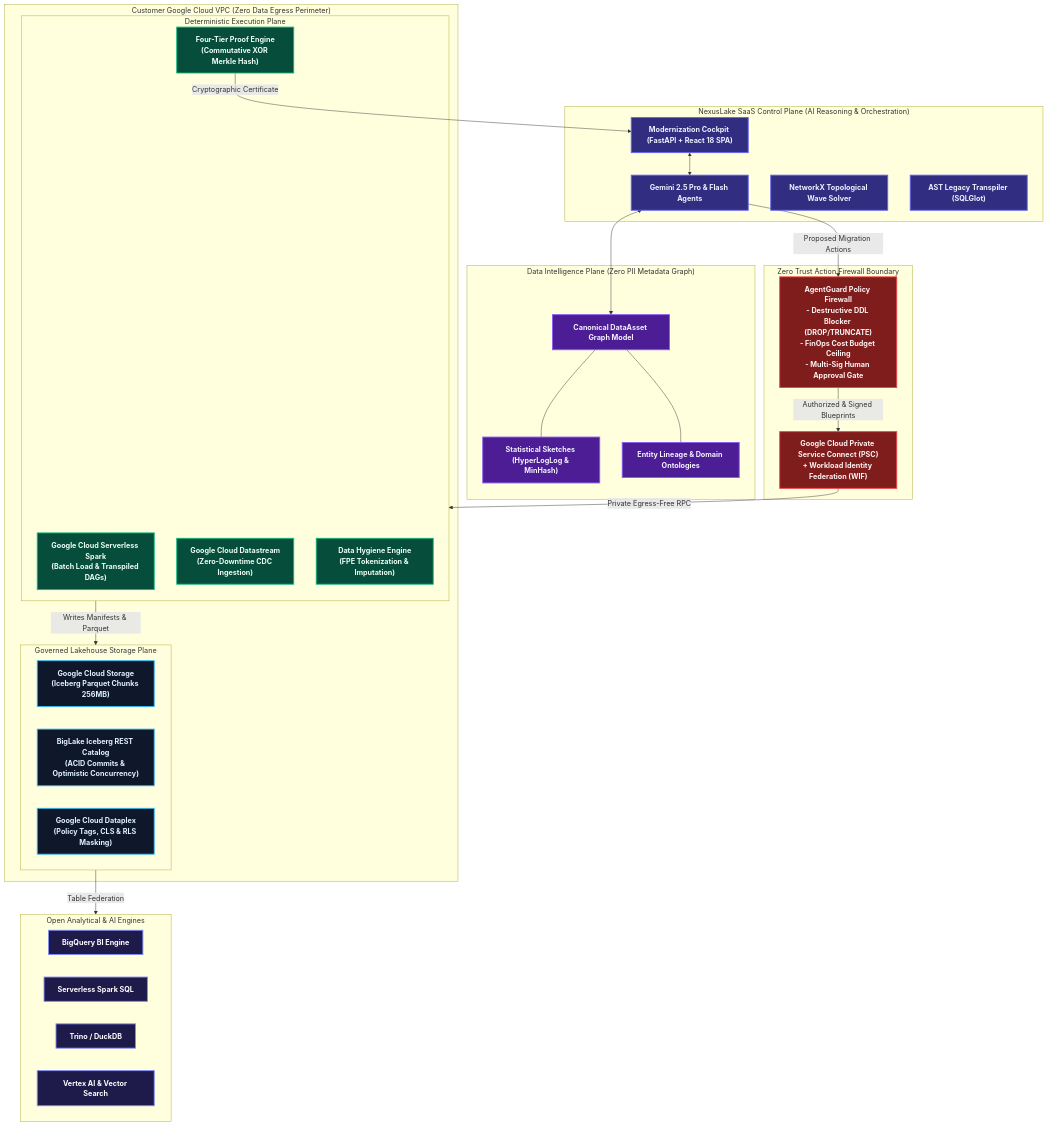
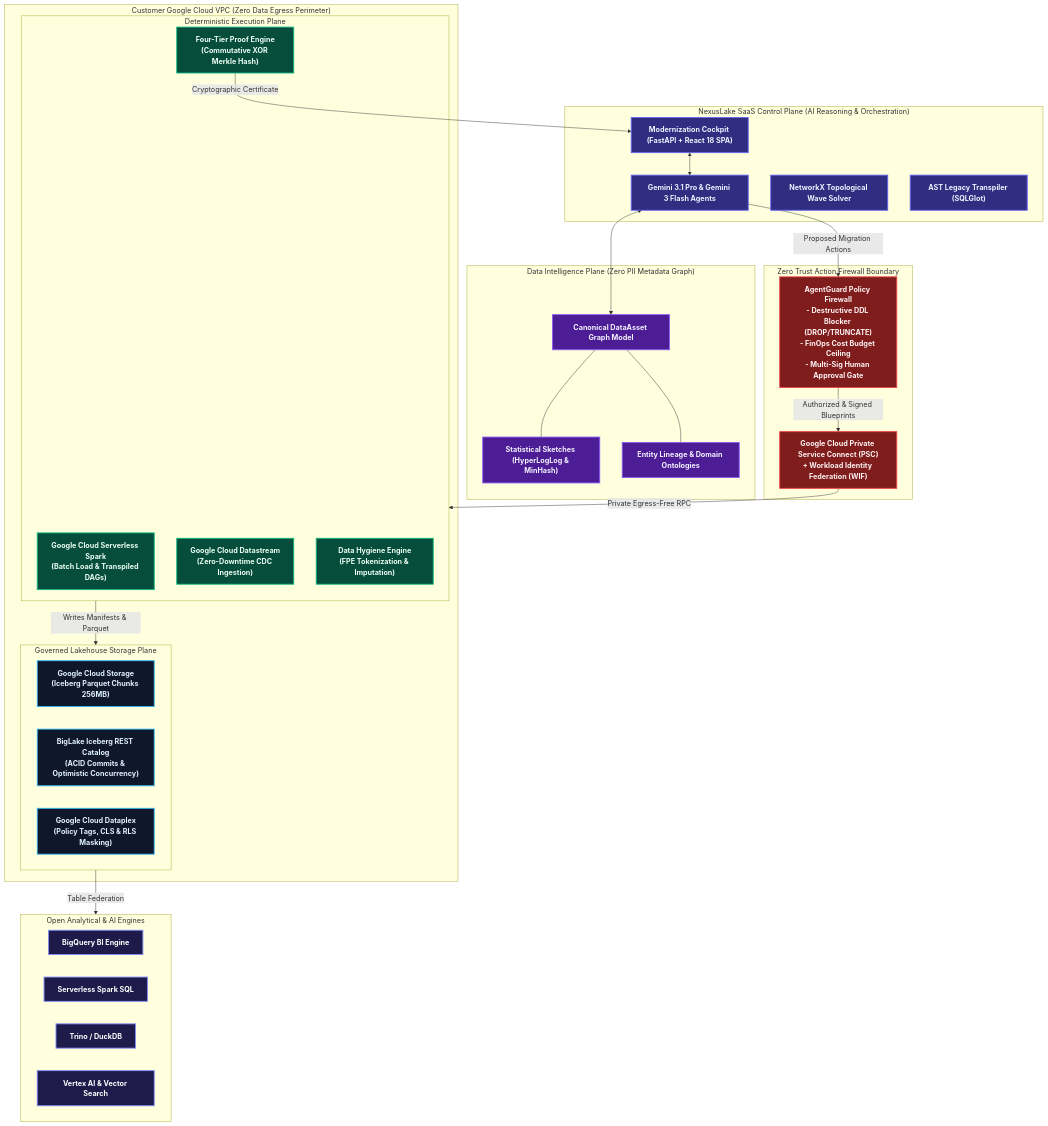
Before and after one commit to mrmohammadalamin/nexuslake-agentic-architect: the second of 5 diagrams in BLOG_COLORFUL_DIAGRAMS_AND_MINDMAPS.md, drawn with Mermaid. The commit also changed 5 other files, not shown here.

Commit message:
docs: update README, Medium blog post, and architecture docs to latest Gemini 3 models

````diff
--- a/BLOG_COLORFUL_DIAGRAMS_AND_MINDMAPS.md
+++ b/BLOG_COLORFUL_DIAGRAMS_AND_MINDMAPS.md
@@ -99,63 +99,63 @@
 ```mermaid
 flowchart TB
     classDef cControl fill:#312E81,stroke:#6366F1,stroke-width:2px,color:#EEF2FF,font-weight:bold;
     classDef cIntel fill:#4C1D95,stroke:#8B5CF6,stroke-width:2px,color:#F5F3FF,font-weight:bold;
     classDef cFirewall fill:#7F1D1D,stroke:#EF4444,stroke-width:2px,color:#FEF2F2,font-weight:bold;
     classDef cExec fill:#064E3B,stroke:#10B981,stroke-width:2px,color:#ECFDF5,font-weight:bold;
     classDef cStorage fill:#0F172A,stroke:#38BDF8,stroke-width:2px,color:#E0F2FE,font-weight:bold;
     classDef cEngine fill:#1E1B4B,stroke:#818CF8,stroke-width:2px,color:#FFFFFF,font-weight:bold;
 
     subgraph SaaS_CP["NexusLake SaaS Control Plane (AI Reasoning & Orchestration)"]
-        GEMINI["Gemini 2.5 Pro & Flash Agents"]:::cControl
+        GEMINI["Gemini 3.1 Pro & Gemini 3 Flash Agents"]:::cControl
         WAVE["NetworkX Topological Wave Solver"]:::cControl
         TRANSPILER["AST Legacy Transpiler (SQLGlot)"]:::cControl
         COCKPIT["Modernization Cockpit (FastAPI + React 18 SPA)"]:::cControl
     end
 
     subgraph IntelPlane["Data Intelligence Plane (Zero PII Metadata Graph)"]
         DATAASSET["Canonical DataAsset Graph Model"]:::cIntel
         SKETCH["Statistical Sketches (HyperLogLog & MinHash)"]:::cIntel
         LINEAGE["Entity Lineage & Domain Ontologies"]:::cIntel
     end
 
     subgraph SecurityBoundary["Zero Trust Action Firewall Boundary"]
         GUARD["AgentGuard Policy Firewall<br/>- Destructive DDL Blocker (DROP/TRUNCATE)<br/>- FinOps Cost Budget Ceiling<br/>- Multi-Sig Human Approval Gate"]:::cFirewall
         PSC["Google Cloud Private Service Connect (PSC)<br/>+ Workload Identity Federation (WIF)"]:::cFirewall
     end
 
     subgraph Customer_VPC["Customer Google Cloud VPC (Zero Data Egress Perimeter)"]
         subgraph ExecPlane["Deterministic Execution Plane"]
             SPARK["Google Cloud Serverless Spark<br/>(Batch Load & Transpiled DAGs)"]:::cExec
             STREAM["Google Cloud Datastream<br/>(Zero-Downtime CDC Ingestion)"]:::cExec
             CLEANSER["Data Hygiene Engine<br/>(FPE Tokenization & Imputation)"]:::cExec
             PROOF_ENG["Four-Tier Proof Engine<br/>(Commutative XOR Merkle Hash)"]:::cExec
         end
 
         subgraph LakehousePlane["Governed Lakehouse Storage Plane"]
             GCS["Google Cloud Storage<br/>(Iceberg Parquet Chunks 256MB)"]:::cStorage
             REST_CAT["BigLake Iceberg REST Catalog<br/>(ACID Commits & Optimistic Concurrency)"]:::cStorage
             DATAPLEX["Google Cloud Dataplex<br/>(Policy Tags, CLS & RLS Masking)"]:::cStorage
         end
     end
 
     subgraph ConsumptionLayer["Open Analytical & AI Engines"]
         BQ["BigQuery BI Engine"]:::cEngine
         SPARK_QUERY["Serverless Spark SQL"]:::cEngine
         TRINO["Trino / DuckDB"]:::cEngine
         VERTEX["Vertex AI & Vector Search"]:::cEngine
     end
 
     COCKPIT <--> GEMINI
     GEMINI <--> DATAASSET
     DATAASSET --- SKETCH
     DATAASSET --- LINEAGE
 
     GEMINI -->|Proposed Migration Actions| GUARD
     GUARD -->|Authorized & Signed Blueprints| PSC
     PSC -->|Private Egress-Free RPC| ExecPlane
 
     ExecPlane -->|Writes Manifests & Parquet| LakehousePlane
     LakehousePlane -->|Table Federation| ConsumptionLayer
 
     PROOF_ENG -->|Cryptographic Certificate| COCKPIT
 ```
````
